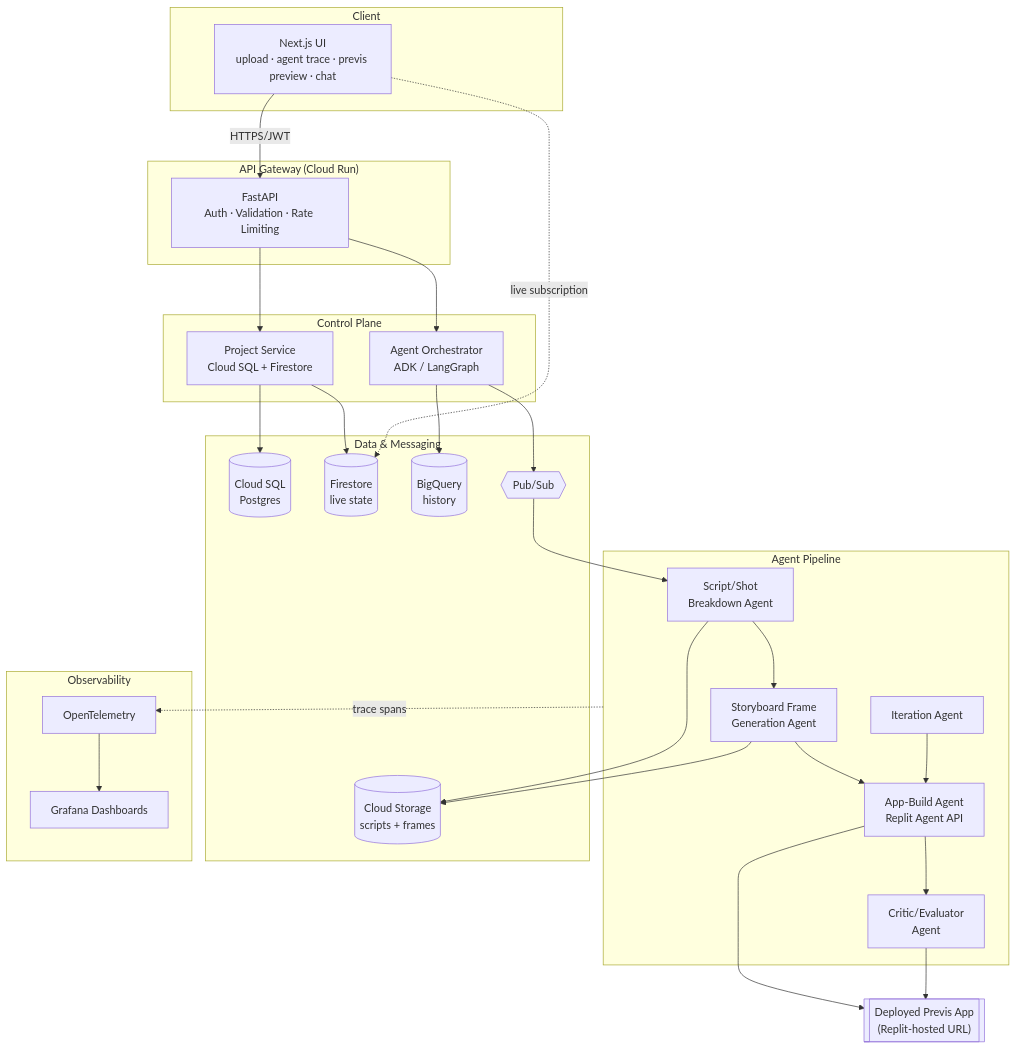
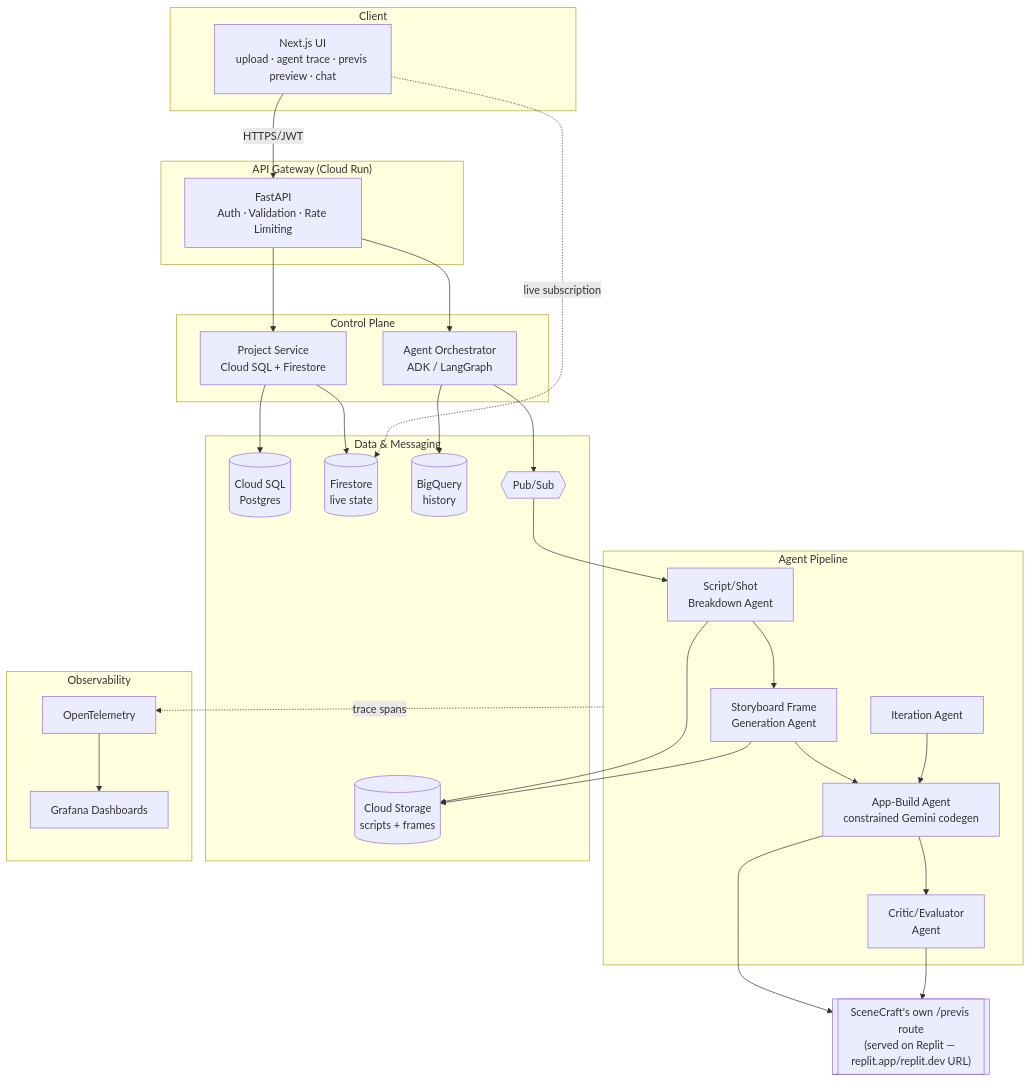
One commit to Monolithic-Dev/Scene-Craft changed the first of 9 diagrams in docs/10-DIAGRAMS.md. Above: the diagram before and after it, drawn with Mermaid. The commit also changed other lines of this file and 12 other files, not shown here.

````diff
--- a/docs/10-DIAGRAMS.md
+++ b/docs/10-DIAGRAMS.md
@@ -9,54 +9,54 @@
 ```mermaid
 flowchart TB
     subgraph Client
         UI[Next.js UI<br/>upload · agent trace · previs preview · chat]
     end
 
     subgraph Gateway["API Gateway (Cloud Run)"]
         GW[FastAPI<br/>Auth · Validation · Rate Limiting]
     end
 
     subgraph ControlPlane["Control Plane"]
         PS[Project Service<br/>Cloud SQL + Firestore]
         AO[Agent Orchestrator<br/>ADK / LangGraph]
     end
 
     subgraph Agents["Agent Pipeline"]
         BA[Script/Shot<br/>Breakdown Agent]
         FA[Storyboard Frame<br/>Generation Agent]
-        AB[App-Build Agent<br/>Replit Agent API]
+        AB[App-Build Agent<br/>constrained Gemini codegen]
         CA[Critic/Evaluator<br/>Agent]
         IA[Iteration Agent]
     end
 
     subgraph Data["Data & Messaging"]
         SQL[(Cloud SQL<br/>Postgres)]
         FS[(Firestore<br/>live state)]
         CS[(Cloud Storage<br/>scripts + frames)]
         BQ[(BigQuery<br/>history)]
         PS_BUS{{Pub/Sub}}
     end
 
     subgraph Obs["Observability"]
         OTEL[OpenTelemetry]
         GRAF[Grafana Dashboards]
     end
 
-    ReplitApp[["Deployed Previs App<br/>(Replit-hosted URL)"]]
+    PrevisRoute[["SceneCraft's own /previs route<br/>(served on Replit — replit.app/replit.dev URL)"]]
 
     UI -->|HTTPS/JWT| GW
     GW --> PS
     GW --> AO
     PS --> SQL
     PS --> FS
     AO --> PS_BUS
     PS_BUS --> BA --> FA --> AB --> CA
     IA --> AB
     BA --> CS
     FA --> CS
-    AB --> ReplitApp
-    CA --> ReplitApp
+    AB --> PrevisRoute
+    CA --> PrevisRoute
     AO --> BQ
     Agents -.trace spans.-> OTEL --> GRAF
     UI -.live subscription.-> FS
 ```
````
